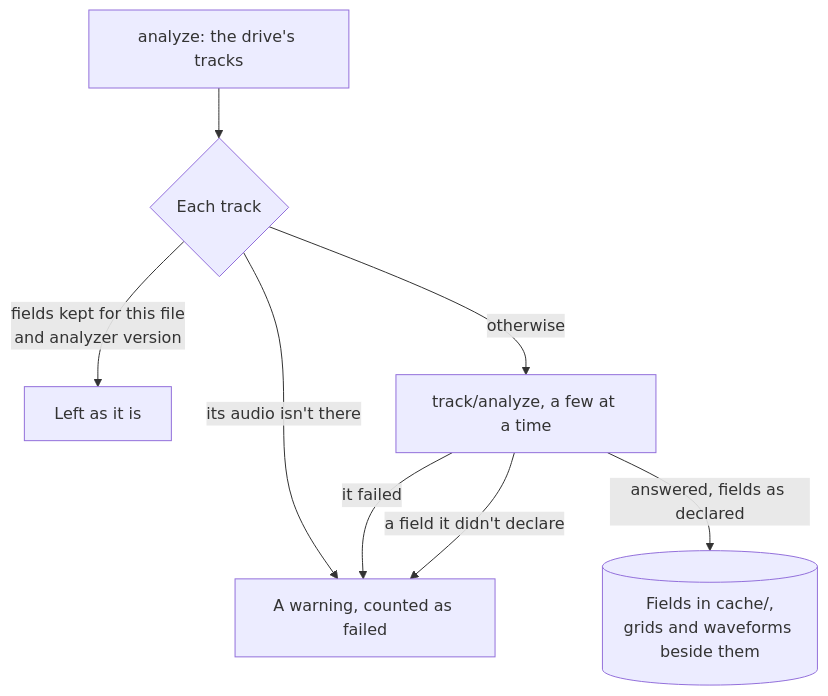
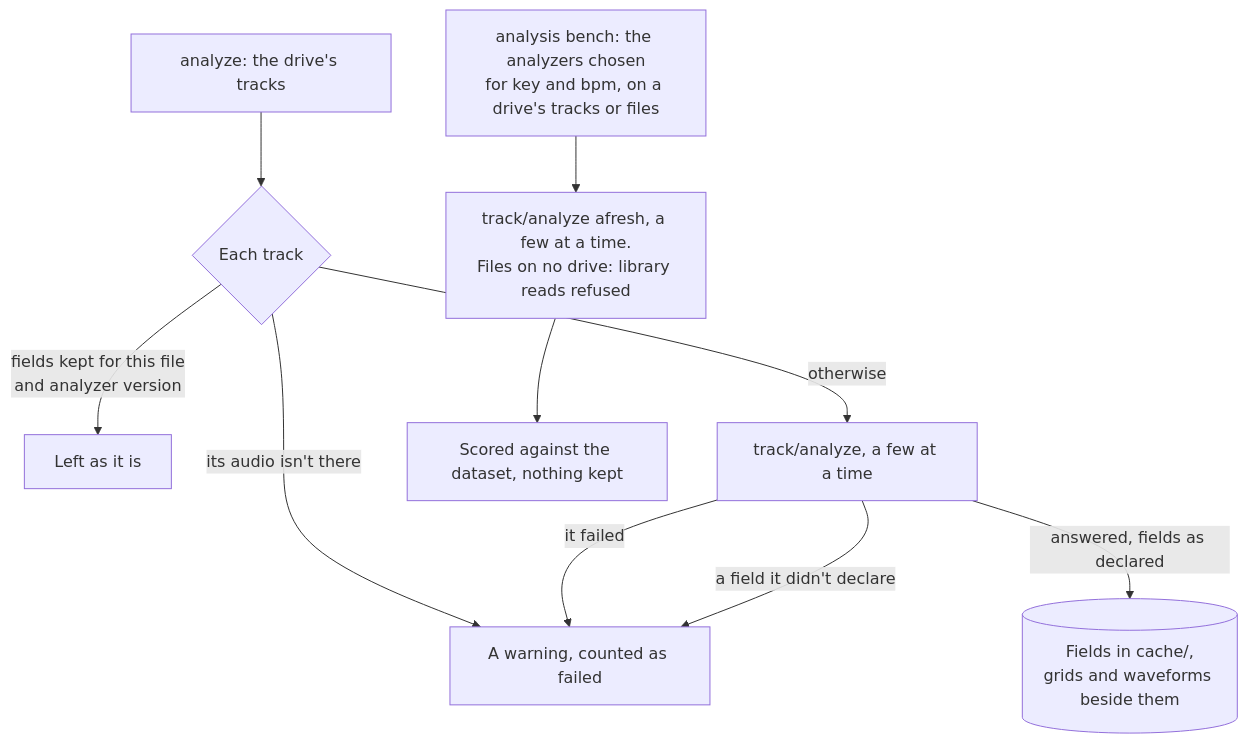
Diagram 12 of 17 in apps/locallibrary/docs/diagrams/plugins.md (cutenode/localnetwork), drawn with Mermaid before and after one commit. The commit also changed other lines of this file and 37 other files, not shown here.

First line of the commit message:
feat(analysis): score the analyzers chosen for key and bpm in analysis bench

````diff
--- a/apps/locallibrary/docs/diagrams/plugins.md
+++ b/apps/locallibrary/docs/diagrams/plugins.md
@@ -257,10 +257,12 @@
 ```mermaid
 flowchart TD
     tracks["analyze: the drive's tracks"] --> each{"Each track"}
     each -->|"its audio isn't there"| failed["A warning, counted as failed"]
     each -->|"fields kept for this file<br/>and analyzer version"| kept["Left as it is"]
     each -->|"otherwise"| ask["track/analyze, a few at a time"]
     ask -->|"answered, fields as declared"| fields[("Fields in cache/,<br/>grids and waveforms beside them")]
     ask -->|"it failed"| failed
     ask -->|"a field it didn't declare"| failed
+    bench["analysis bench: the analyzers chosen<br/>for key and bpm, on a drive's tracks or files"] --> measure["track/analyze afresh, a few at a time.<br/>Files on no drive: library reads refused"]
+    measure --> scored["Scored against the dataset, nothing kept"]
 ```
````
